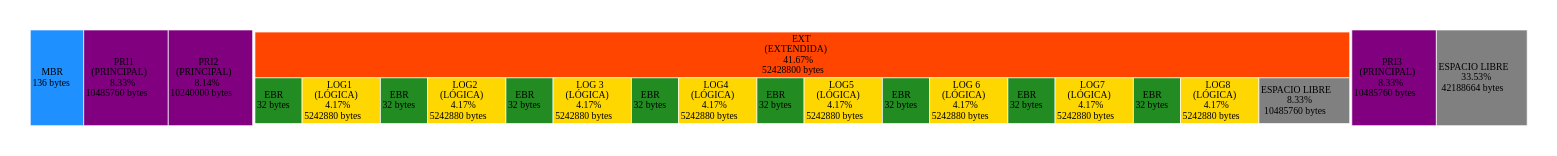
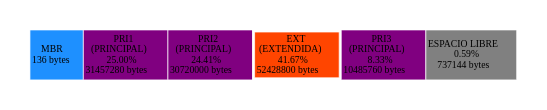
Before and after one commit to Cascarus/Proyecto1_MIA_USAC_Vac_Dic_2019: the diagram in build--MIA-PROYECTO1_201113915-Desktop_Qt_5_12_6_GCC_64bit-Debug/repDISK.dot, drawn with Graphviz. The commit also changed 9 other files, not shown here.

```diff
--- a/build--MIA-PROYECTO1_201113915-Desktop_Qt_5_12_6_GCC_64bit-Debug/repDISK.dot
+++ b/build--MIA-PROYECTO1_201113915-Desktop_Qt_5_12_6_GCC_64bit-Debug/repDISK.dot
@@ -1,40 +1,21 @@
 digraph D{
 graph [pad="0.5", nodesep="0.5", ranksep="2"];
 node [shape=plain]
 rankdir=LR;
 arset [label=<
 <table border="0" cellborder="1" color="white" cellspacing="0" >
 <tr>
 <td bgcolor = "dodgerblue"> MBR <br/>136 bytes</td>
-<td bgcolor = "purple">PRI1<br/> (PRINCIPAL) <br/>8.33%<br/>10485760 bytes</td>
-<td bgcolor = "purple">PRI2<br/> (PRINCIPAL) <br/>8.14%<br/>10240000 bytes</td>
+<td bgcolor = "purple">PRI1<br/> (PRINCIPAL) <br/>25.00%<br/>31457280 bytes</td>
+<td bgcolor = "purple">PRI2<br/> (PRINCIPAL) <br/>24.41%<br/>30720000 bytes</td>
 <td>
 <table border="0" cellborder="1" color="white" cellspacing="0" >
-<tr><td colspan ="17"  bgcolor = "orangered">EXT<br/> (EXTENDIDA) <br/>41.67%<br/>52428800 bytes</td></tr>
-<tr>
-<td bgcolor = "forestgreen"> EBR <br/>32 bytes</td>
-<td bgcolor = "gold">LOG1<br/> (LÓGICA) <br/>4.17%<br/>5242880 bytes</td>
-<td bgcolor = "forestgreen"> EBR <br/>32 bytes</td>
-<td bgcolor = "gold">LOG2<br/> (LÓGICA) <br/>4.17%<br/>5242880 bytes</td>
-<td bgcolor = "forestgreen"> EBR <br/>32 bytes</td>
-<td bgcolor = "gold">LOG 3<br/> (LÓGICA) <br/>4.17%<br/>5242880 bytes</td>
-<td bgcolor = "forestgreen"> EBR <br/>32 bytes</td>
-<td bgcolor = "gold">LOG4<br/> (LÓGICA) <br/>4.17%<br/>5242880 bytes</td>
-<td bgcolor = "forestgreen"> EBR <br/>32 bytes</td>
-<td bgcolor = "gold">LOG5<br/> (LÓGICA) <br/>4.17%<br/>5242880 bytes</td>
-<td bgcolor = "forestgreen"> EBR <br/>32 bytes</td>
-<td bgcolor = "gold">LOG 6<br/> (LÓGICA) <br/>4.17%<br/>5242880 bytes</td>
-<td bgcolor = "forestgreen"> EBR <br/>32 bytes</td>
-<td bgcolor = "gold">LOG7<br/> (LÓGICA) <br/>4.17%<br/>5242880 bytes</td>
-<td bgcolor = "forestgreen"> EBR <br/>32 bytes</td>
-<td bgcolor = "gold">LOG8<br/> (LÓGICA) <br/>4.17%<br/>5242880 bytes</td>
-<td bgcolor = "gray"> ESPACIO LIBRE <br/>8.33% <br/>10485760 bytes</td>
-</tr>
+<tr><td colspan ="0"  bgcolor = "orangered">EXT<br/> (EXTENDIDA) <br/>41.67%<br/>52428800 bytes</td></tr>
 </table>
 </td>
 <td bgcolor = "purple">PRI3<br/> (PRINCIPAL) <br/>8.33%<br/>10485760 bytes</td>
-<td bgcolor = "gray"> ESPACIO LIBRE <br/>33.53% <br/>42188664 bytes</td>
+<td bgcolor = "gray"> ESPACIO LIBRE <br/>0.59% <br/>737144 bytes</td>
 </tr>
 </table>
 >]
 }
```
